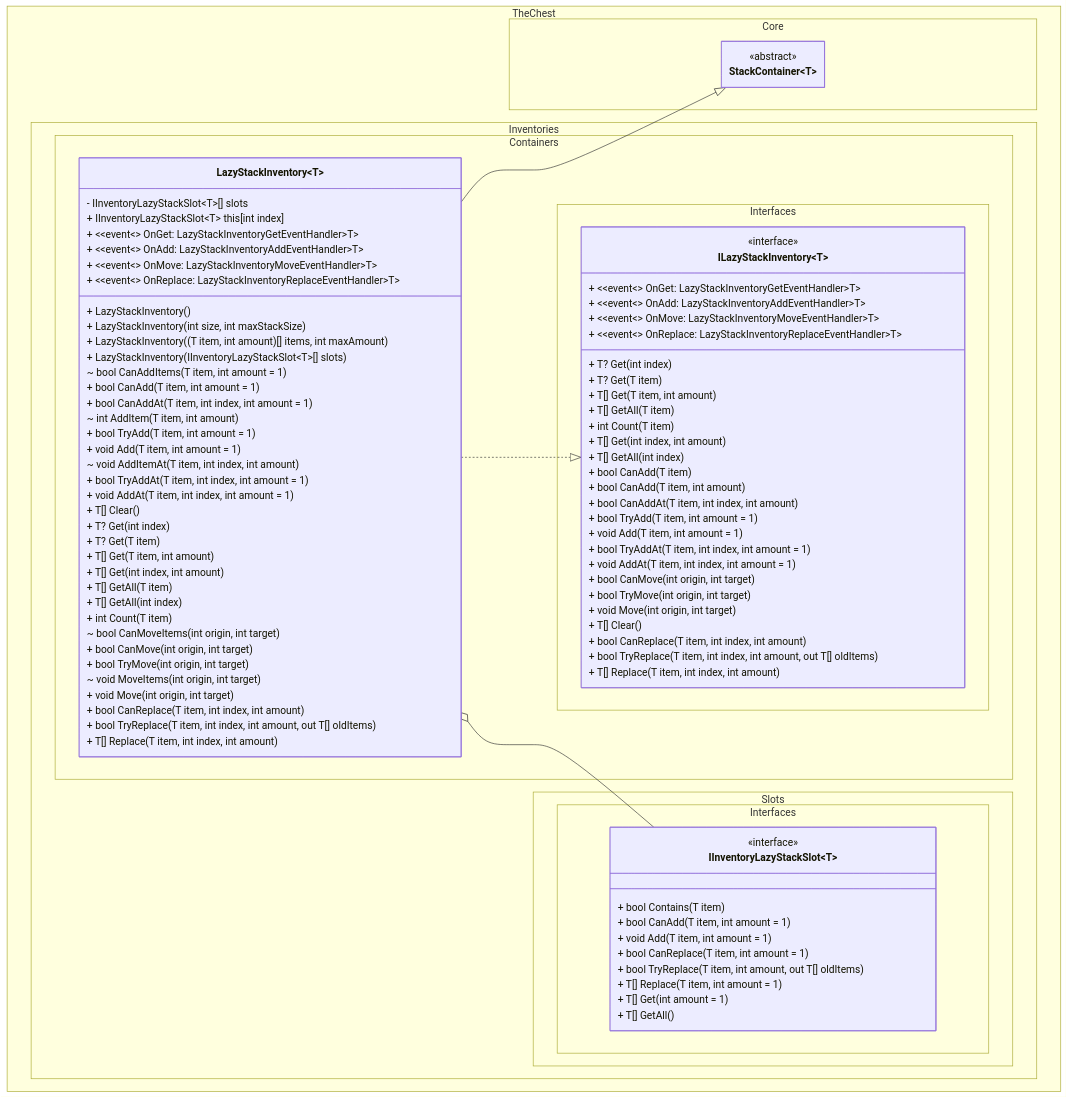
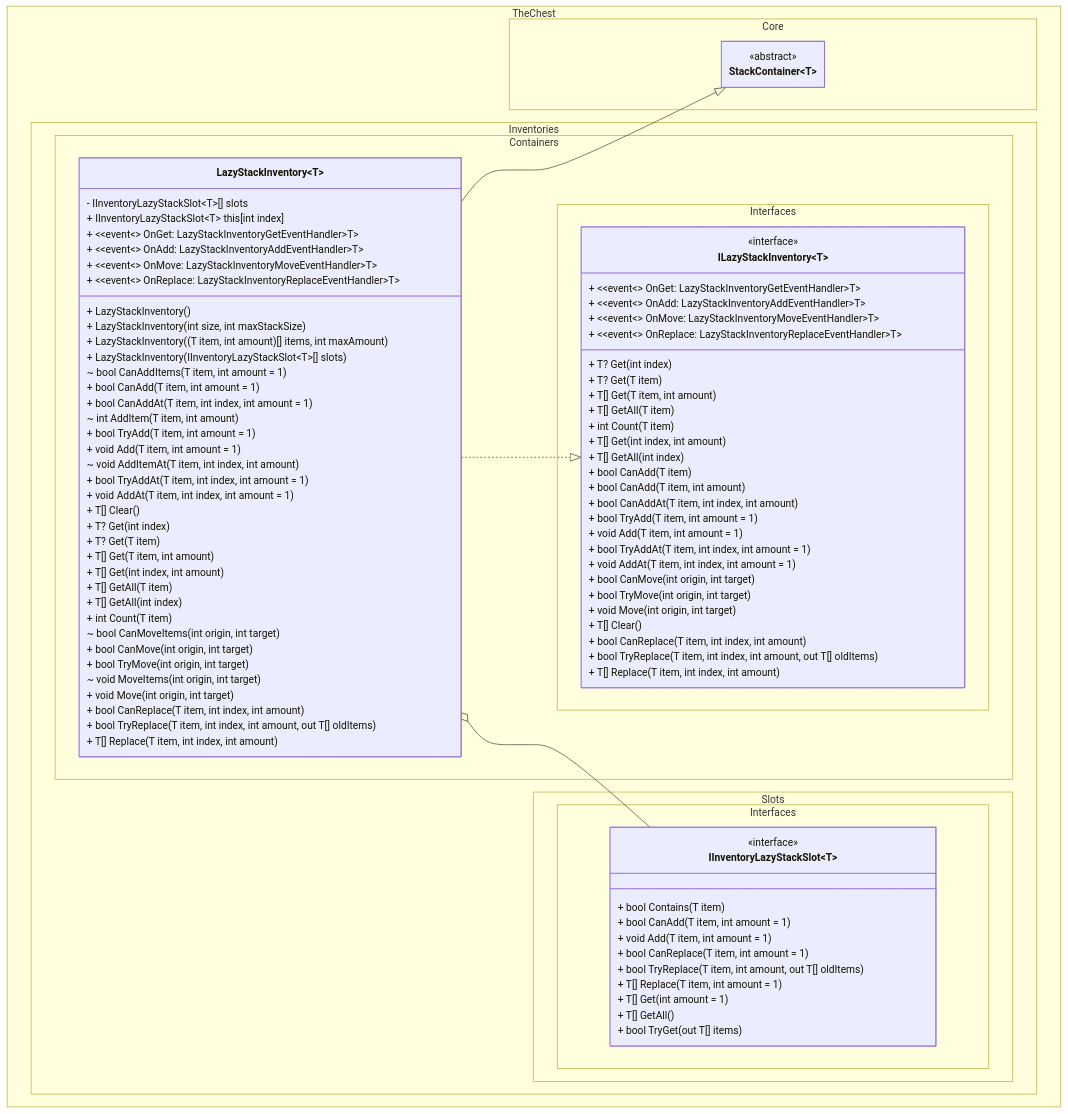
Before and after one commit to The-Chest/TheChest.Inventories: the first of 2 diagrams in docs/lazy_stack_inventory/class_diagram.md, drawn with Mermaid. The commit also changed other lines of this file and 1 other file, not shown here.

```diff
--- a/docs/lazy_stack_inventory/class_diagram.md
+++ b/docs/lazy_stack_inventory/class_diagram.md
@@ -82,6 +82,7 @@
         
         + T[] Get(int amount = 1)
         + T[] GetAll()
+        + bool TryGet(out T[] items)
     }
 }
 <<interface>> IInventoryLazyStackSlot
```
